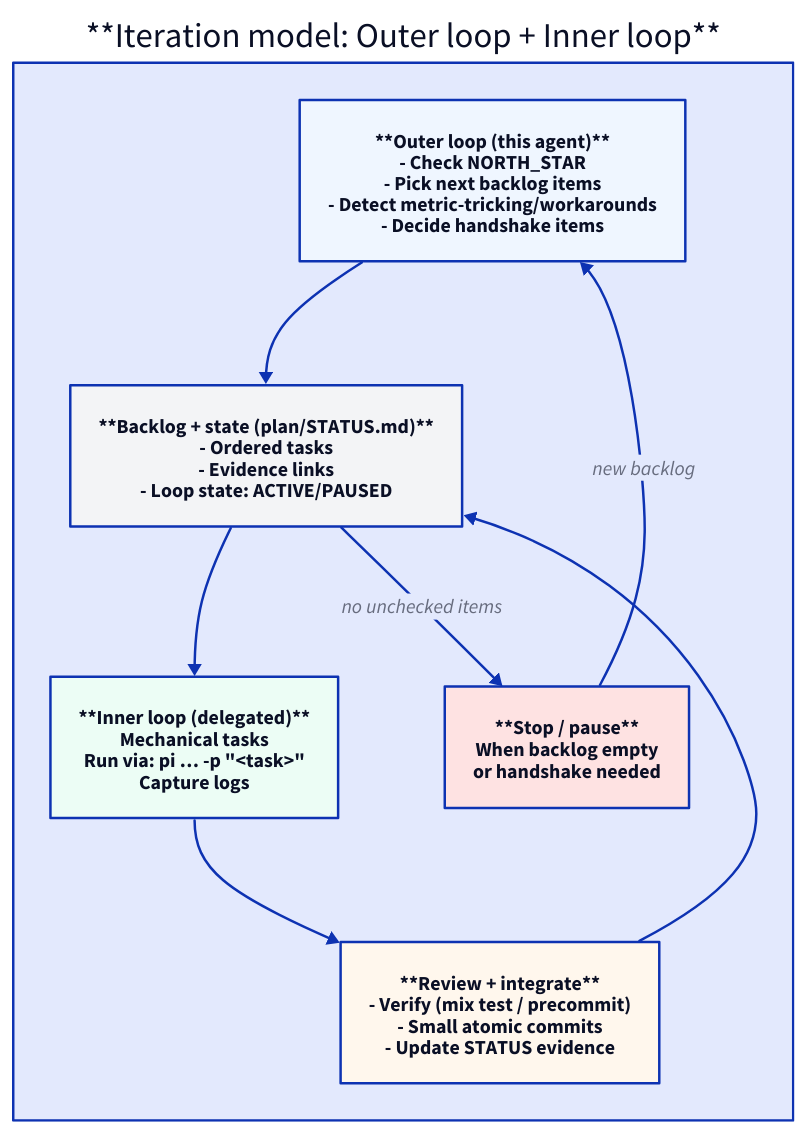
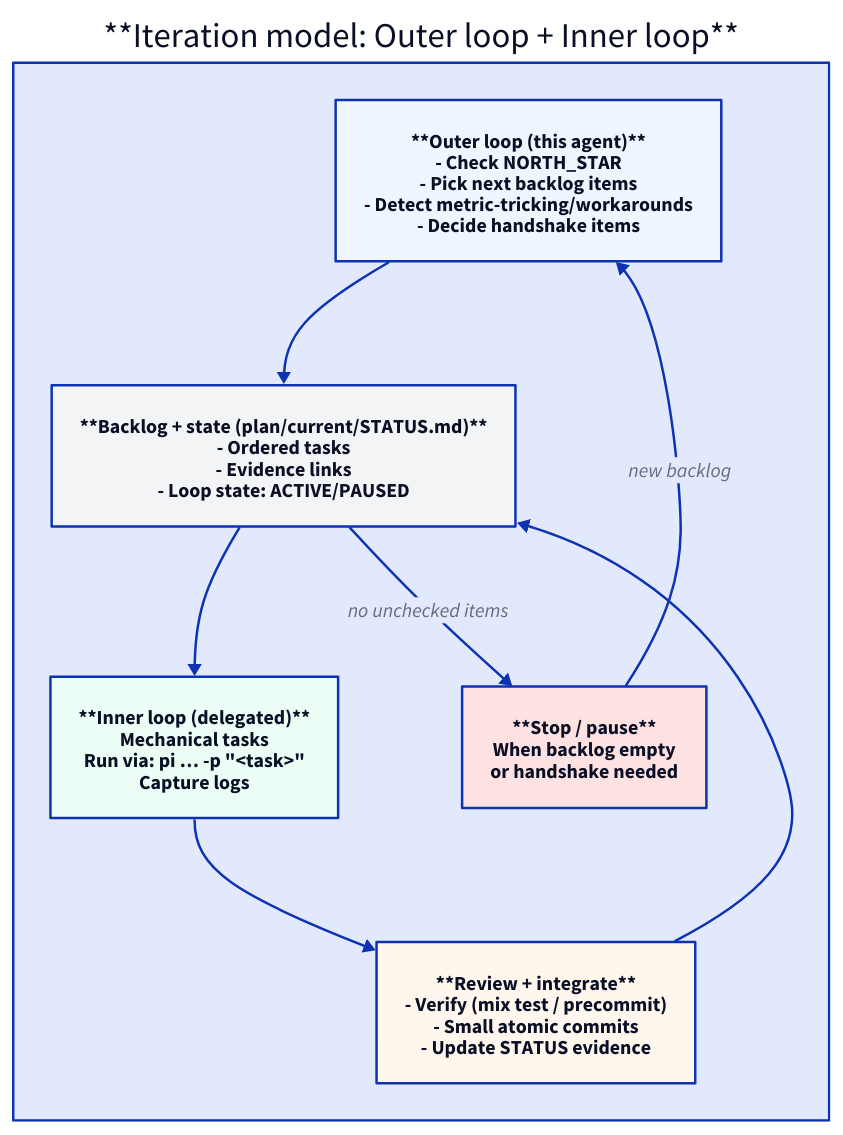
The diagram in plan/diagrams/iteration_loops.d2 (cgint/dspy.ex), drawn with D2 before and after one commit. The commit also changed 28 other files, not shown here.

Commit message:
plan: move working set into plan/current/ (00_NOW, PARITY_QUEUE, STATUS, GAP_ANALYSIS_2026-05); rewrite links

```diff
--- a/plan/diagrams/iteration_loops.d2
+++ b/plan/diagrams/iteration_loops.d2
@@ -1,34 +1,34 @@
 direction: down
 
 loops: {
   label: "**Iteration model: Outer loop + Inner loop**"
 
   outer: {
     label: "**Outer loop (this agent)**\n- Check NORTH_STAR\n- Pick next backlog items\n- Detect metric-tricking/workarounds\n- Decide handshake items"
     style.fill: "#EFF6FF"
   }
 
   backlog: {
-    label: "**Backlog + state (plan/STATUS.md)**\n- Ordered tasks\n- Evidence links\n- Loop state: ACTIVE/PAUSED"
+    label: "**Backlog + state (plan/current/STATUS.md)**\n- Ordered tasks\n- Evidence links\n- Loop state: ACTIVE/PAUSED"
     style.fill: "#F3F4F6"
   }
 
   inner: {
     label: "**Inner loop (delegated)**\nMechanical tasks\nRun via: pi … -p \"<task>\"\nCapture logs"
     style.fill: "#ECFDF5"
   }
 
   review: {
     label: "**Review + integrate**\n- Verify (mix test / precommit)\n- Small atomic commits\n- Update STATUS evidence"
     style.fill: "#FFF7ED"
   }
 
   stop: {
     label: "**Stop / pause**\nWhen backlog empty\nor handshake needed"
     style.fill: "#FEE2E2"
   }
 
   outer -> backlog -> inner -> review -> backlog
   backlog -> stop: "no unchecked items"
   stop -> outer: "new backlog"
 }
```
